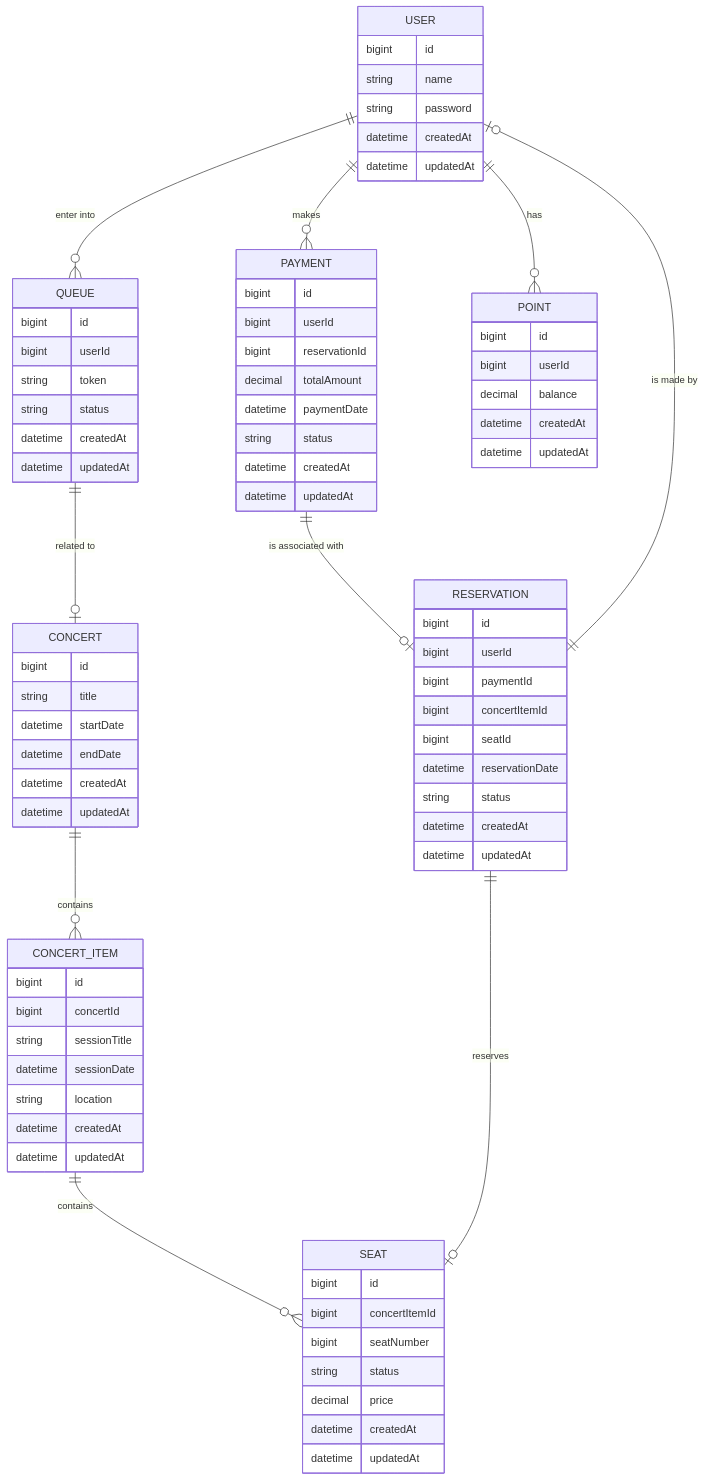
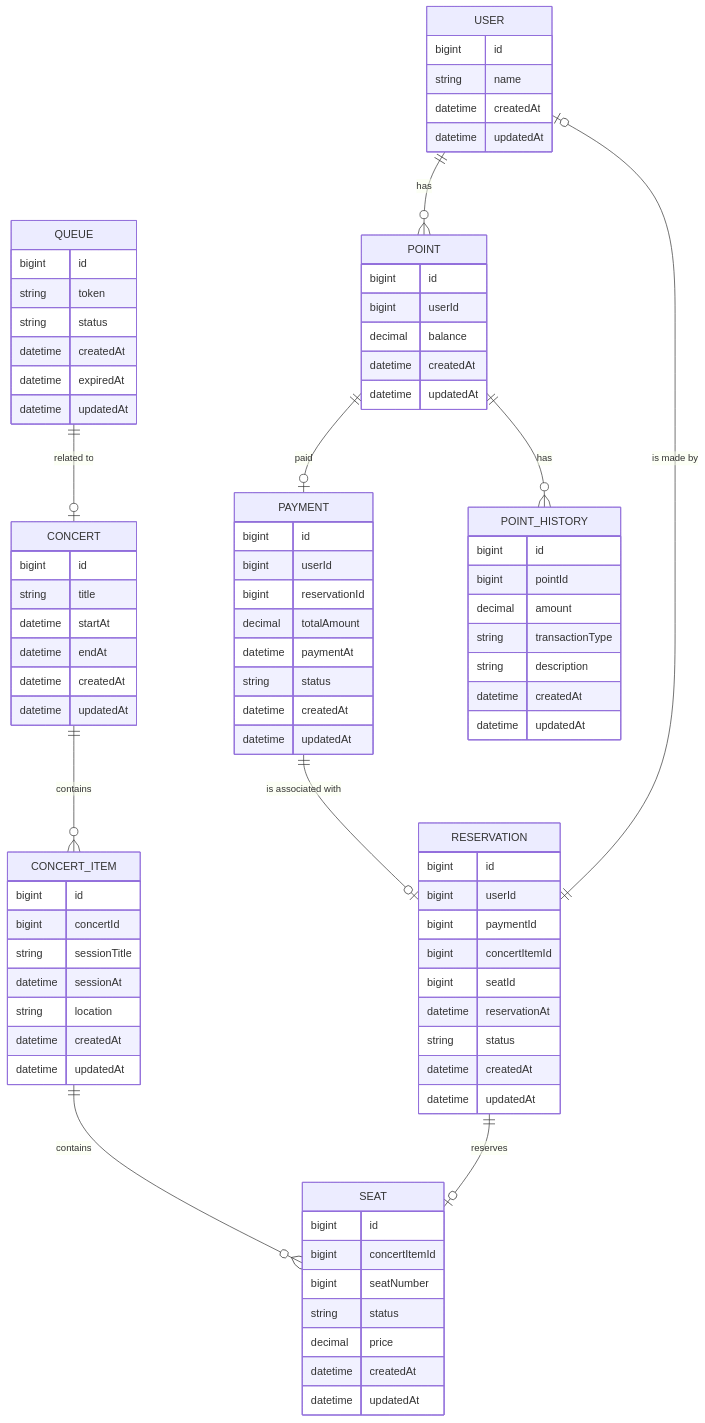
One commit to riley-hhp/hhp-concert changed the diagram in docs/ERD.md. Above: the diagram before and after it, drawn with Mermaid. The commit also changed 6 other files, not shown here.

```diff
--- a/docs/ERD.md
+++ b/docs/ERD.md
@@ -5,25 +5,24 @@
     USER {
         bigint id
         string name
-        string password
         datetime createdAt
         datetime updatedAt
     }
 
     QUEUE {
         bigint id
-        bigint userId
         string token
         string status
         datetime createdAt
+        datetime expiredAt
         datetime updatedAt
     }
 
     CONCERT {
         bigint id
         string title
-        datetime startDate
-        datetime endDate
+        datetime startAt
+        datetime endAt
         datetime createdAt
         datetime updatedAt
     }
@@ -32,7 +31,7 @@
         bigint id
         bigint concertId       
         string sessionTitle
-        datetime sessionDate
+        datetime sessionAt
         string location
         datetime createdAt
         datetime updatedAt
@@ -53,7 +52,7 @@
         bigint userId    
         bigint reservationId    
         decimal totalAmount
-        datetime paymentDate
+        datetime paymentAt
         string status
         datetime createdAt
         datetime updatedAt
@@ -65,7 +64,7 @@
         bigint paymentId
         bigint concertItemId
         bigint seatId
-        datetime reservationDate
+        datetime reservationAt
         string status
         datetime createdAt
         datetime updatedAt
@@ -77,6 +76,16 @@
         decimal balance
         datetime createdAt
         datetime updatedAt
+    } 
+    
+    POINT_HISTORY {
+        bigint id
+        bigint pointId     
+        decimal amount
+        string transactionType
+        string description
+        datetime createdAt
+        datetime updatedAt
     }
 
     %% Relationships
@@ -84,9 +93,9 @@
     CONCERT ||--o{ CONCERT_ITEM : "contains"
     CONCERT_ITEM ||--o{ SEAT : "contains"
 
-    USER ||--o{ QUEUE : "enter into"
-    USER ||--o{ PAYMENT : "makes"
+    POINT ||--o| PAYMENT : "paid"
     USER ||--o{ POINT : "has"
+    POINT ||--o{ POINT_HISTORY : "has"
     PAYMENT ||--o| RESERVATION : "is associated with"
 
 
```
